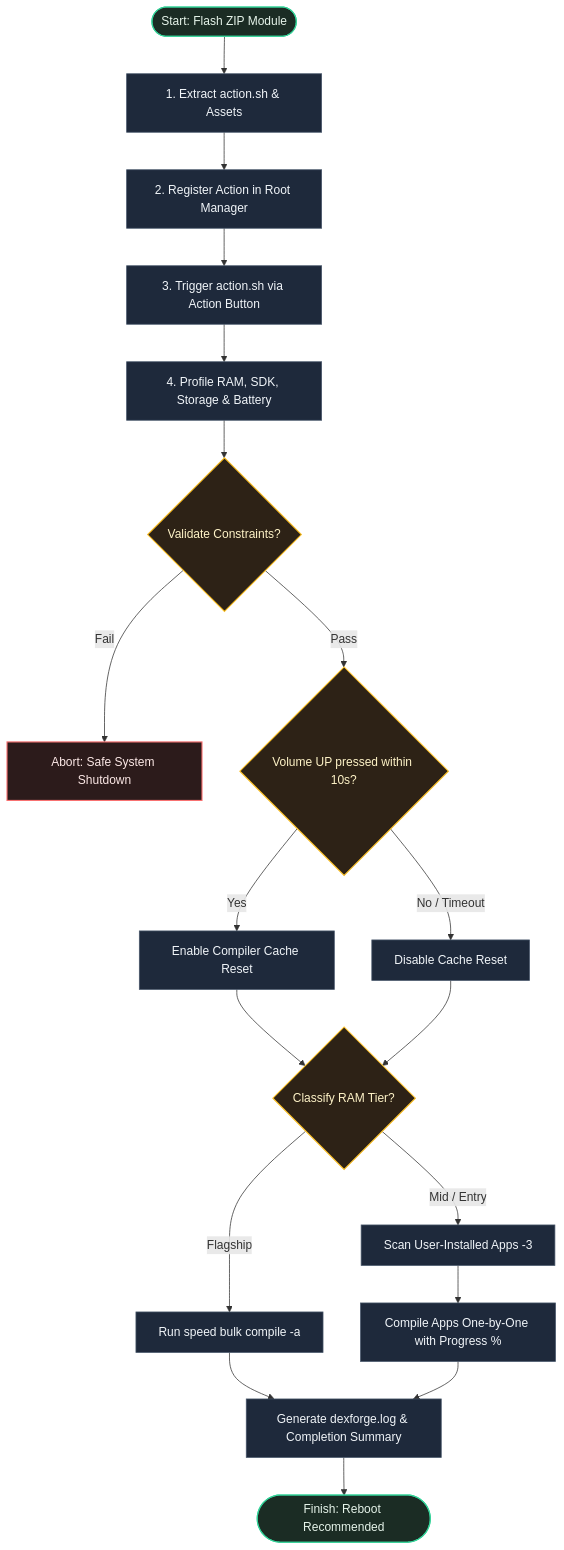
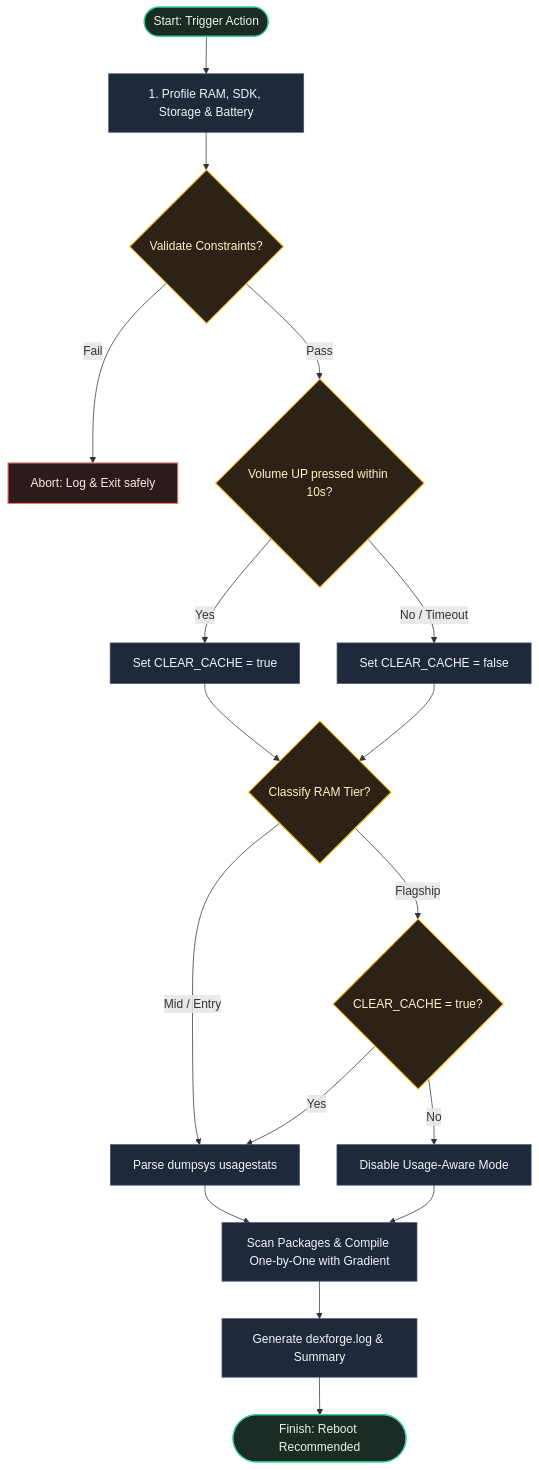
The second of 2 diagrams in README.md (dyokism/DexForge), drawn with Mermaid before and after one commit. The commit also changed other lines of this file and 9 other files, not shown here.

First line of the commit message:
feat: add usage-aware compilation & dynamic CPU sets (v2.1)

````diff
--- a/README.md
+++ b/README.md
@@ -106,37 +135,37 @@
 ```mermaid
 flowchart TD
-    Start([Start: Flash ZIP Module]) --> Install[1. Extract action.sh & Assets]
-    Install --> Setup[2. Register Action in Root Manager]
-    Setup --> Trigger[3. Trigger action.sh via Action Button]
-    Trigger --> EnvCheck[4. Profile RAM, SDK, Storage & Battery]
+    Start([Start: Trigger Action]) --> EnvCheck[1. Profile RAM, SDK, Storage & Battery]
     EnvCheck --> Verification{Validate Constraints?}
     
-    Verification -- Fail --> Abort[Abort: Safe System Shutdown]
+    Verification -- Fail --> Abort[Abort: Log & Exit safely]
     Verification -- Pass --> VolumePrompt{Volume UP pressed within 10s?}
     
-    VolumePrompt -- Yes --> CacheReset[Enable Compiler Cache Reset]
-    VolumePrompt -- No / Timeout --> CompileOnly[Disable Cache Reset]
+    VolumePrompt -- Yes --> CacheReset[Set CLEAR_CACHE = true]
+    VolumePrompt -- No / Timeout --> CompileOnly[Set CLEAR_CACHE = false]
     
     CacheReset --> DeviceTier{Classify RAM Tier?}
     CompileOnly --> DeviceTier
     
-    DeviceTier -- Flagship --> Bulk[Run speed bulk compile -a]
-    DeviceTier -- Mid / Entry --> Scan[Scan User-Installed Apps -3]
+    DeviceTier -- Flagship --> FlagshipBranch{CLEAR_CACHE = true?}
+    DeviceTier -- Mid / Entry --> Usagestats[Parse dumpsys usagestats]
     
-    Scan --> ProcessApps[Compile Apps One-by-One with Progress %]
-    Bulk --> Output[Generate dexforge.log & Completion Summary]
-    ProcessApps --> Output
+    FlagshipBranch -- Yes --> Usagestats
+    FlagshipBranch -- No --> FlatFilter[Disable Usage-Aware Mode]
     
+    Usagestats --> PackageLoop[Scan Packages & Compile One-by-One with Gradient]
+    FlatFilter --> PackageLoop
+    
+    PackageLoop --> Output[Generate dexforge.log & Summary]
     Output --> Finish([Finish: Reboot Recommended])
 
     %% Custom Styles and Colors (Ultra-Muted Slate Theme)
     classDef startEnd fill:#1b2c24,stroke:#34d399,stroke-width:1.5px,color:#e6f4ea;
     classDef fail fill:#2c1b1b,stroke:#f87171,stroke-width:1.5px,color:#fce8e6;
     classDef decision fill:#2d2216,stroke:#fbbf24,stroke-width:1.5px,color:#fef3c7;
     classDef process fill:#1e293b,stroke:#475569,stroke-width:1px,color:#f1f5f9;
     
     class Start,Finish startEnd;
     class Abort fail;
-    class Verification,VolumePrompt,DeviceTier decision;
-    class Install,Setup,Trigger,EnvCheck,CacheReset,CompileOnly,Bulk,Scan,ProcessApps,Output process;
+    class Verification,VolumePrompt,DeviceTier,FlagshipBranch decision;
+    class EnvCheck,CacheReset,CompileOnly,Usagestats,FlatFilter,PackageLoop,Output process;
 ```
````
